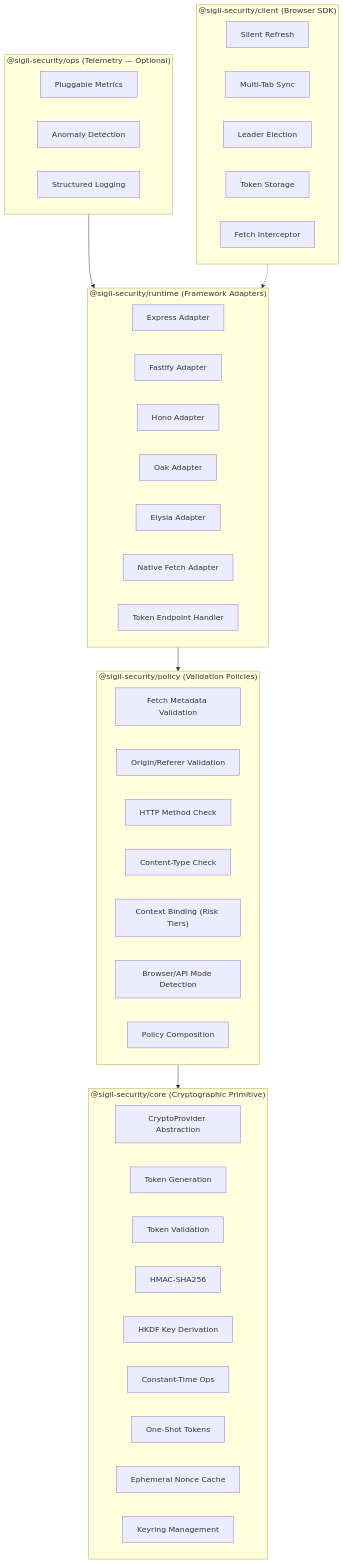
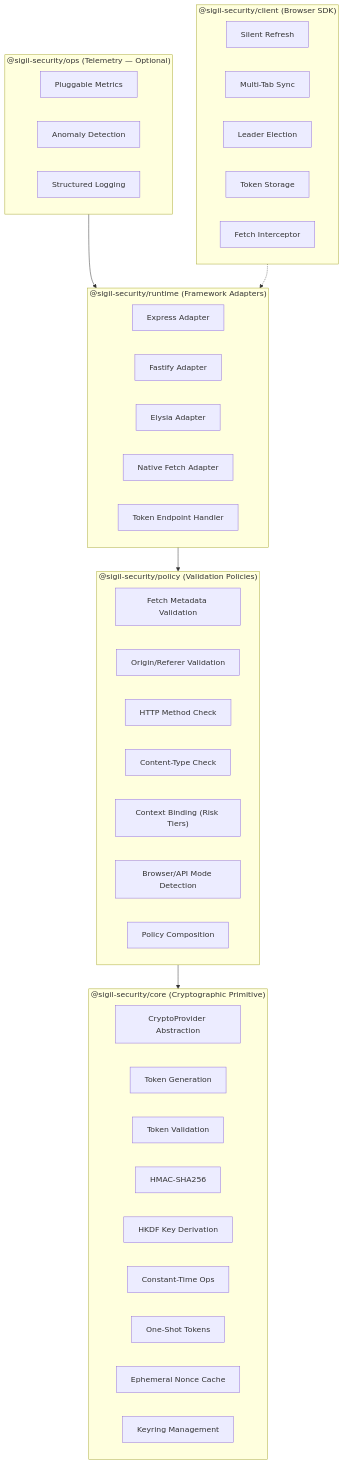
Before and after one commit to laphilosophia/sigil-security: the first of 2 diagrams in docs/IMPLEMENTATION_PLAN.md, drawn with Mermaid. The commit also changed other lines of this file and 14 other files, not shown here.

Commit message:
fix: oakserver/oak and hono support temp. disabled for security reasons

````diff
--- a/docs/IMPLEMENTATION_PLAN.md
+++ b/docs/IMPLEMENTATION_PLAN.md
@@ -49,53 +49,51 @@
 ```mermaid
 graph TD
     subgraph core ["@sigil-security/core (Cryptographic Primitive)"]
         CryptoProvider["CryptoProvider Abstraction"]
         TokenGen["Token Generation"]
         TokenVal["Token Validation"]
         HMAC["HMAC-SHA256"]
         HKDF["HKDF Key Derivation"]
         ConstTime["Constant-Time Ops"]
         OneShot["One-Shot Tokens"]
         NonceCache["Ephemeral Nonce Cache"]
         KeyMgmt["Keyring Management"]
     end
 
     subgraph policy ["@sigil-security/policy (Validation Policies)"]
         FetchMeta["Fetch Metadata Validation"]
         OriginVal["Origin/Referer Validation"]
         MethodCheck["HTTP Method Check"]
         ContentType["Content-Type Check"]
         ContextBind["Context Binding (Risk Tiers)"]
         ModeDetect["Browser/API Mode Detection"]
         PolicyChain["Policy Composition"]
     end
 
     subgraph runtime ["@sigil-security/runtime (Framework Adapters)"]
         Express["Express Adapter"]
         Fastify["Fastify Adapter"]
-        Hono["Hono Adapter"]
-        Oak["Oak Adapter"]
         Elysia["Elysia Adapter"]
         NativeFetch["Native Fetch Adapter"]
         TokenEndpoint["Token Endpoint Handler"]
     end
 
     subgraph ops ["@sigil-security/ops (Telemetry — Optional)"]
         Metrics["Pluggable Metrics"]
         Anomaly["Anomaly Detection"]
         Logging["Structured Logging"]
     end
 
     subgraph client ["@sigil-security/client (Browser SDK)"]
         SilentRefresh["Silent Refresh"]
         MultiTab["Multi-Tab Sync"]
         LeaderElect["Leader Election"]
         TokenStore["Token Storage"]
         Interceptor["Fetch Interceptor"]
     end
 
     policy --> core
     runtime --> policy
     ops --> runtime
     client -.-> runtime
 ```
````
